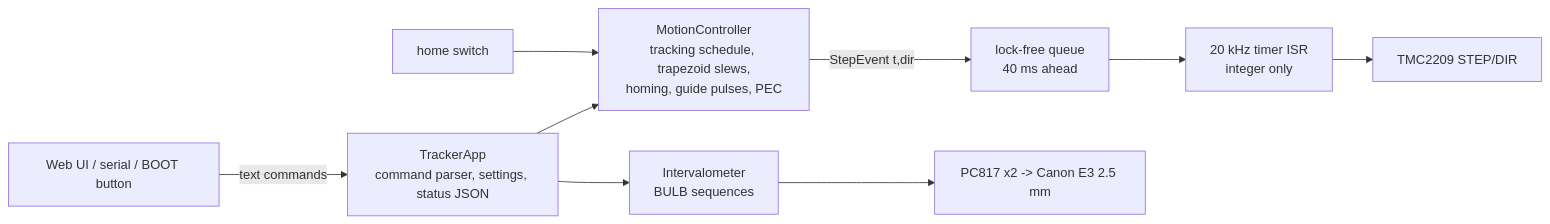
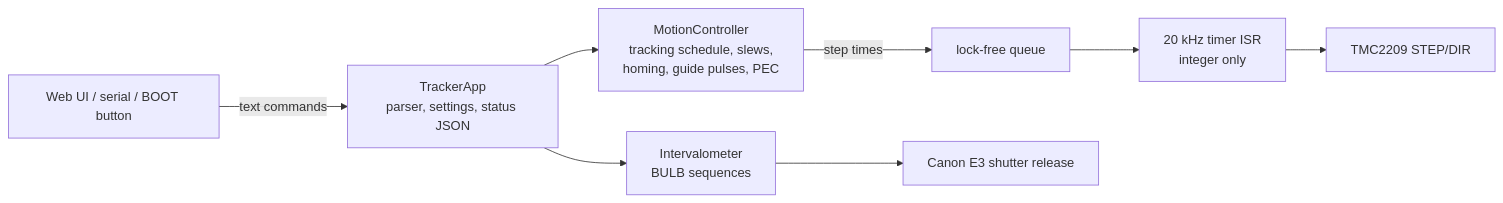
One commit to Kronbii/star-tracker changed the diagram in README.md. Above: the diagram before and after it, drawn with Mermaid. The commit also changed other lines of this file and 1 other file, not shown here.

````diff
--- a/README.md
+++ b/README.md
@@ -97,11 +64,10 @@
 ```mermaid
 flowchart LR
-  UI[Web UI / serial / BOOT button] -->|text commands| APP[TrackerApp<br/>command parser, settings, status JSON]
-  APP --> MC[MotionController<br/>tracking schedule, trapezoid slews,<br/>homing, guide pulses, PEC]
+  UI[Web UI / serial / BOOT button] -->|text commands| APP[TrackerApp<br/>parser, settings, status JSON]
+  APP --> MC[MotionController<br/>tracking schedule, slews,<br/>homing, guide pulses, PEC]
   APP --> IV[Intervalometer<br/>BULB sequences]
-  MC -->|StepEvent t,dir| Q[lock-free queue<br/>40 ms ahead]
+  MC -->|step times| Q[lock-free queue]
   Q --> ISR[20 kHz timer ISR<br/>integer only]
   ISR --> DRV[TMC2209 STEP/DIR]
-  IV --> OPTO[PC817 x2 -> Canon E3 2.5 mm]
-  SW[home switch] --> MC
+  IV --> CAM[Canon E3 shutter release]
 ```
````
